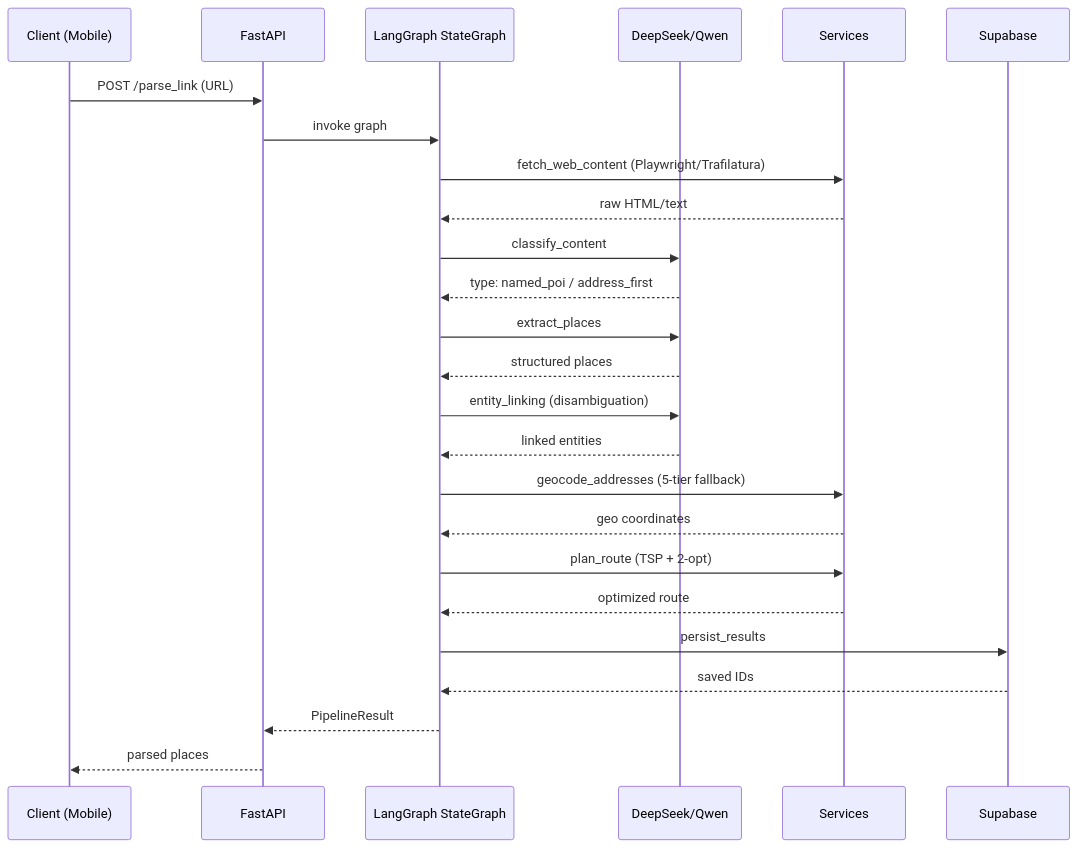
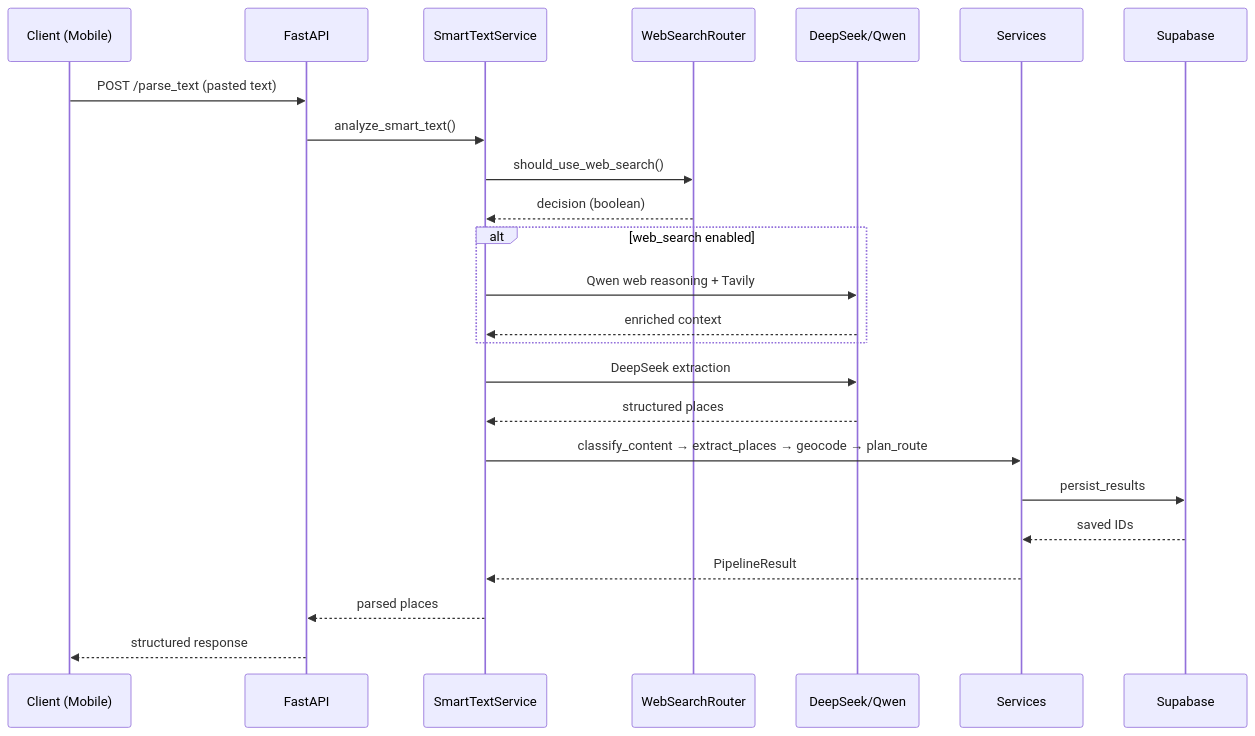
One commit to zjwang168/atlas-mobile changed the third of 7 diagrams in README.md. Above: the diagram before and after it, drawn with Mermaid. The commit also changed other lines of this file, not shown here.

````diff
--- a/README.md
+++ b/README.md
@@ -84,28 +139,27 @@
 ```mermaid
 sequenceDiagram
     participant C as Client (Mobile)
     participant API as FastAPI
-    participant LC as LangGraph StateGraph
+    participant STS as SmartTextService
+    participant WSR as WebSearchRouter
     participant LLM as DeepSeek/Qwen
     participant S as Services
     participant DB as Supabase
-    
-    C->>API: POST /parse_link (URL)
-    API->>LC: invoke graph
-    LC->>S: fetch_web_content (Playwright/Trafilatura)
-    S-->>LC: raw HTML/text
-    LC->>LLM: classify_content
-    LLM-->>LC: type: named_poi / address_first
-    LC->>LLM: extract_places
-    LLM-->>LC: structured places
-    LC->>LLM: entity_linking (disambiguation)
-    LLM-->>LC: linked entities
-    LC->>S: geocode_addresses (5-tier fallback)
-    S-->>LC: geo coordinates
-    LC->>S: plan_route (TSP + 2-opt)
-    S-->>LC: optimized route
-    LC->>DB: persist_results
-    DB-->>LC: saved IDs
-    LC-->>API: PipelineResult
-    API-->>C: parsed places
+
+    C->>API: POST /parse_text (pasted text)
+    API->>STS: analyze_smart_text()
+    STS->>WSR: should_use_web_search()
+    WSR-->>STS: decision (boolean)
+    alt web_search enabled
+        STS->>LLM: Qwen web reasoning + Tavily
+        LLM-->>STS: enriched context
+    end
+    STS->>LLM: DeepSeek extraction
+    LLM-->>STS: structured places
+    STS->>S: classify_content → extract_places → geocode → plan_route
+    S->>DB: persist_results
+    DB-->>S: saved IDs
+    S-->>STS: PipelineResult
+    STS-->>API: parsed places
+    API-->>C: structured response
 ```
````
